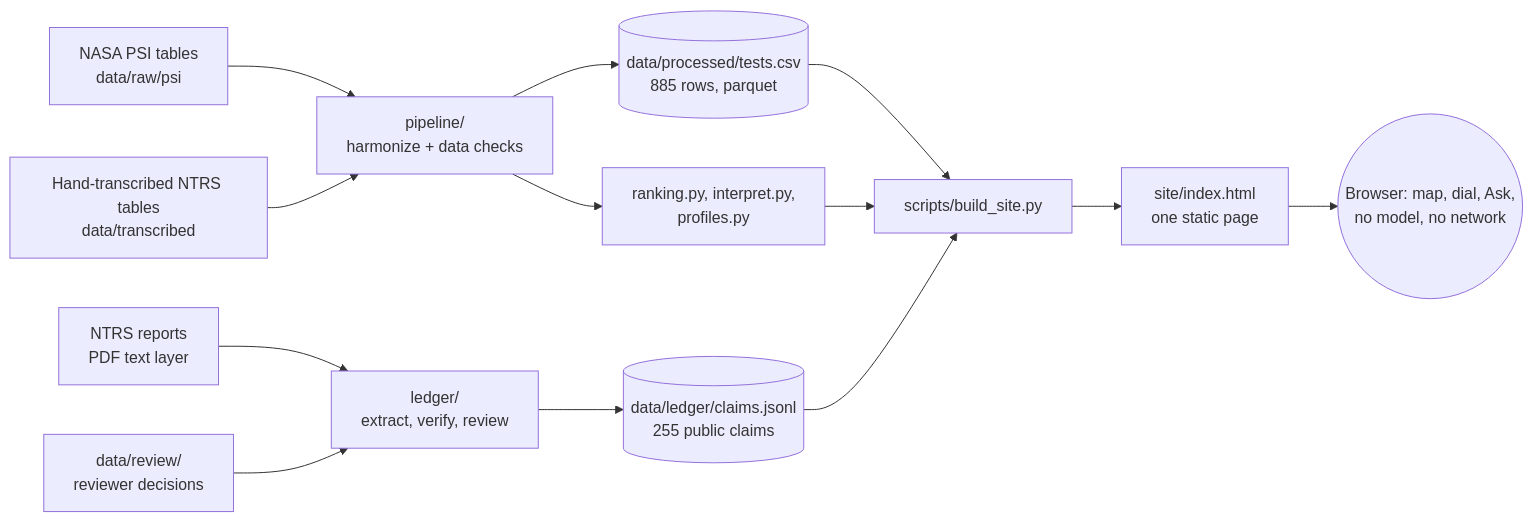
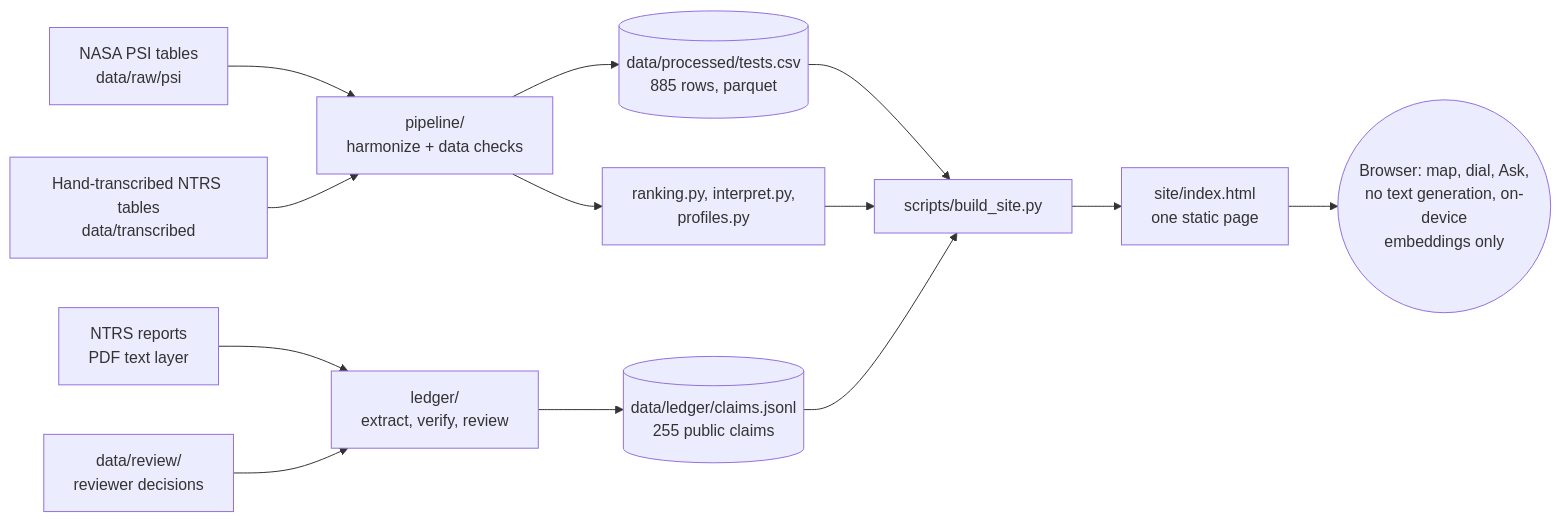
Before and after one commit to zainabraza06/Ember: the first of 3 diagrams in README.md, drawn with Mermaid. The commit also changed other lines of this file and 6 other files, not shown here.

Commit message:
README and docs: on-device embeddings (design, cost, evaluation), updated no-model wording, third-party and SI logs

````diff
--- a/README.md
+++ b/README.md
@@ -206,15 +208,15 @@
 ```mermaid
 flowchart LR
   A[NASA PSI tables<br/>data/raw/psi] --> P[pipeline/<br/>harmonize + data checks]
   T[Hand-transcribed NTRS tables<br/>data/transcribed] --> P
   P --> TC[(data/processed/tests.csv<br/>885 rows, parquet)]
   P --> R[ranking.py, interpret.py,<br/>profiles.py]
   N[NTRS reports<br/>PDF text layer] --> L[ledger/<br/>extract, verify, review]
   L --> CL[(data/ledger/claims.jsonl<br/>255 public claims)]
   TC --> B[scripts/build_site.py]
   R --> B
   CL --> B
   RV[data/review/<br/>reviewer decisions] --> L
   B --> S[site/index.html<br/>one static page]
-  S --> U((Browser: map, dial, Ask,<br/>no model, no network))
+  S --> U((Browser: map, dial, Ask,<br/>no text generation, on-device<br/>embeddings only))
 ```
````
